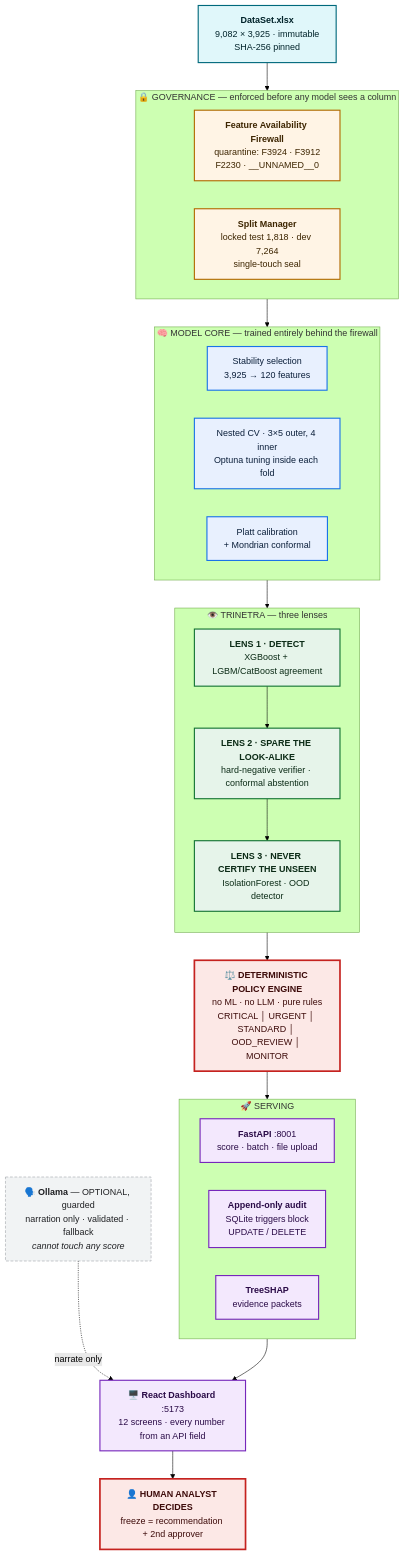
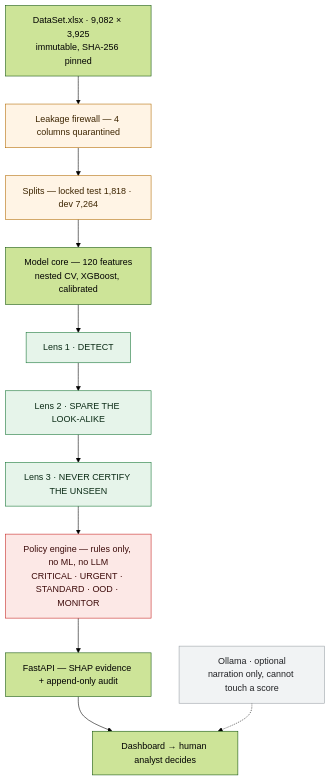
The first of 3 diagrams in README.md (Hardik182005/BOI_hackathon), drawn with Mermaid (forest theme) before and after one commit. The commit also changed other lines of this file, not shown here.

First line of the commit message:
docs(readme): simplify architecture diagrams, drop tagline

````diff
--- a/README.md
+++ b/README.md
@@ -122,59 +120,27 @@
 ```mermaid
 flowchart TB
-    RAW["<b>DataSet.xlsx</b><br/>9,082 × 3,925 · immutable<br/>SHA-256 pinned"]
+    A["DataSet.xlsx · 9,082 × 3,925<br/>immutable, SHA-256 pinned"]
+    B["Leakage firewall — 4 columns quarantined"]
+    C["Splits — locked test 1,818 · dev 7,264"]
+    D["Model core — 120 features<br/>nested CV, XGBoost, calibrated"]
+    E["Lens 1 · DETECT"]
+    F["Lens 2 · SPARE THE LOOK-ALIKE"]
+    G["Lens 3 · NEVER CERTIFY THE UNSEEN"]
+    H["Policy engine — rules only, no ML, no LLM<br/>CRITICAL · URGENT · STANDARD · OOD · MONITOR"]
+    I["FastAPI — SHAP evidence + append-only audit"]
+    J["Dashboard → human analyst decides"]
+    K["Ollama · optional<br/>narration only, cannot touch a score"]
 
-    subgraph GOV["🔒 GOVERNANCE — enforced before any model sees a column"]
-        direction LR
-        FW["<b>Feature Availability Firewall</b><br/>quarantine: F3924 · F3912<br/>F2230 · __UNNAMED__0"]
-        SPL["<b>Split Manager</b><br/>locked test 1,818 · dev 7,264<br/>single-touch seal"]
-    end
+    A --> B --> C --> D --> E --> F --> G --> H --> I --> J
+    K -.-> J
 
-    subgraph ML["🧠 MODEL CORE — trained entirely behind the firewall"]
-        direction LR
-        SEL["Stability selection<br/>3,925 → 120 features"]
-        TRN["Nested CV · 3×5 outer, 4 inner<br/>Optuna tuning inside each fold"]
-        CAL["Platt calibration<br/>+ Mondrian conformal"]
-    end
+    classDef guard fill:#fff4e5,stroke:#b26a00,color:#3d2500
+    classDef lens fill:#e6f4ea,stroke:#137333,color:#0b2b16
+    classDef rule fill:#fce8e6,stroke:#c5221f,color:#3d0b0a
+    classDef opt fill:#f1f3f4,stroke:#9aa0a6,color:#202124
 
-    subgraph LENS["👁️ TRINETRA — three lenses"]
-        direction TB
-        L1["<b>LENS 1 · DETECT</b><br/>XGBoost + LGBM/CatBoost agreement"]
-        L2["<b>LENS 2 · SPARE THE LOOK-ALIKE</b><br/>hard-negative verifier · conformal abstention"]
-        L3["<b>LENS 3 · NEVER CERTIFY THE UNSEEN</b><br/>IsolationForest · OOD detector"]
-        L1 --> L2 --> L3
-    end
-
-    POL["<b>⚖️ DETERMINISTIC POLICY ENGINE</b><br/>no ML · no LLM · pure rules<br/>CRITICAL │ URGENT │ STANDARD │ OOD_REVIEW │ MONITOR"]
-
-    subgraph SERVE["🚀 SERVING"]
-        direction LR
-        API["<b>FastAPI</b> :8001<br/>score · batch · file upload"]
-        AUD["<b>Append-only audit</b><br/>SQLite triggers block<br/>UPDATE / DELETE"]
-        SHAP["<b>TreeSHAP</b><br/>evidence packets"]
-    end
-
-    UI["<b>🖥️ React Dashboard</b> :5173<br/>12 screens · every number from an API field"]
-    LLM["<b>🗣️ Ollama</b> — OPTIONAL, guarded<br/>narration only · validated · fallback<br/><i>cannot touch any score</i>"]
-    HUM["<b>👤 HUMAN ANALYST DECIDES</b><br/>freeze = recommendation + 2nd approver"]
-
-    RAW --> GOV --> ML --> LENS --> POL --> SERVE
-    SERVE --> UI --> HUM
-    LLM -.narrate only.-> UI
-
-    classDef gov fill:#fff4e5,stroke:#b26a00,color:#3d2500,stroke-width:2px
-    classDef ml fill:#e8f0fe,stroke:#1a73e8,color:#0b1f3a,stroke-width:2px
-    classDef lens fill:#e6f4ea,stroke:#137333,color:#0b2b16,stroke-width:2px
-    classDef pol fill:#fce8e6,stroke:#c5221f,color:#3d0b0a,stroke-width:3px
-    classDef serve fill:#f3e8fd,stroke:#7627bb,color:#2a0b47,stroke-width:2px
-    classDef opt fill:#f1f3f4,stroke:#9aa0a6,color:#202124,stroke-dasharray:5 3
-    classDef data fill:#e0f7fa,stroke:#00697c,color:#00232a,stroke-width:2px
-
-    class RAW data
-    class FW,SPL gov
-    class SEL,TRN,CAL ml
-    class L1,L2,L3 lens
-    class POL pol
-    class API,AUD,SHAP,UI serve
-    class LLM opt
-    class HUM pol
+    class B,C guard
+    class E,F,G lens
+    class H rule
+    class K opt
 ```
````
